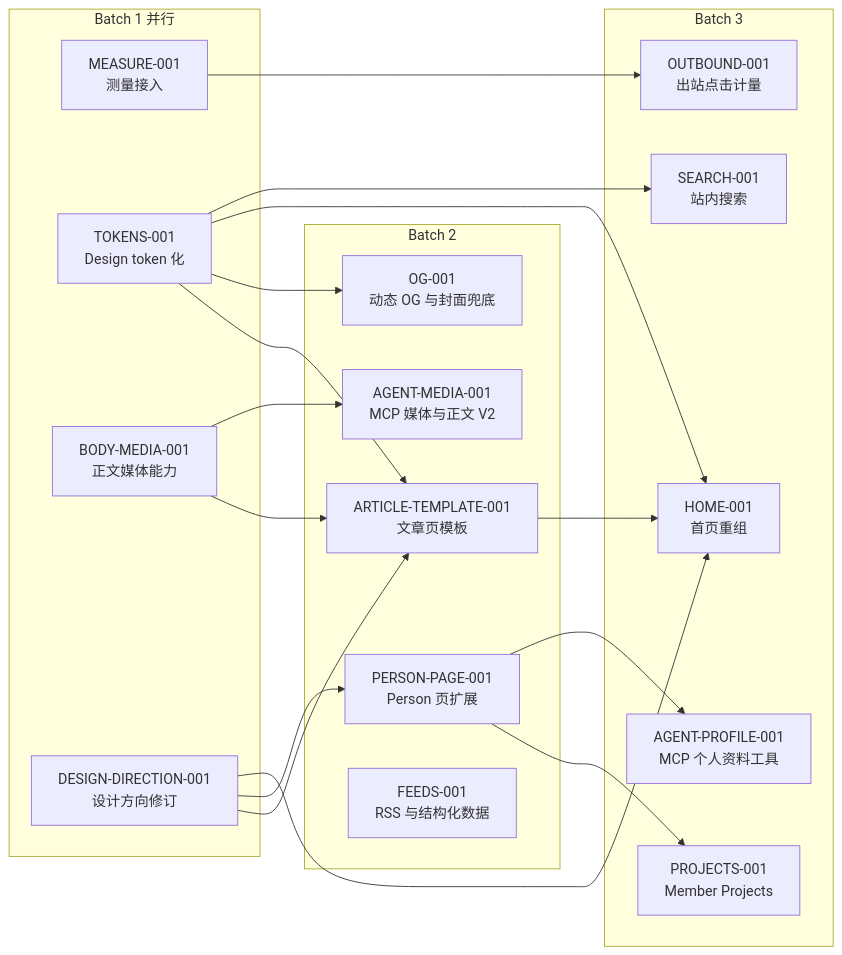
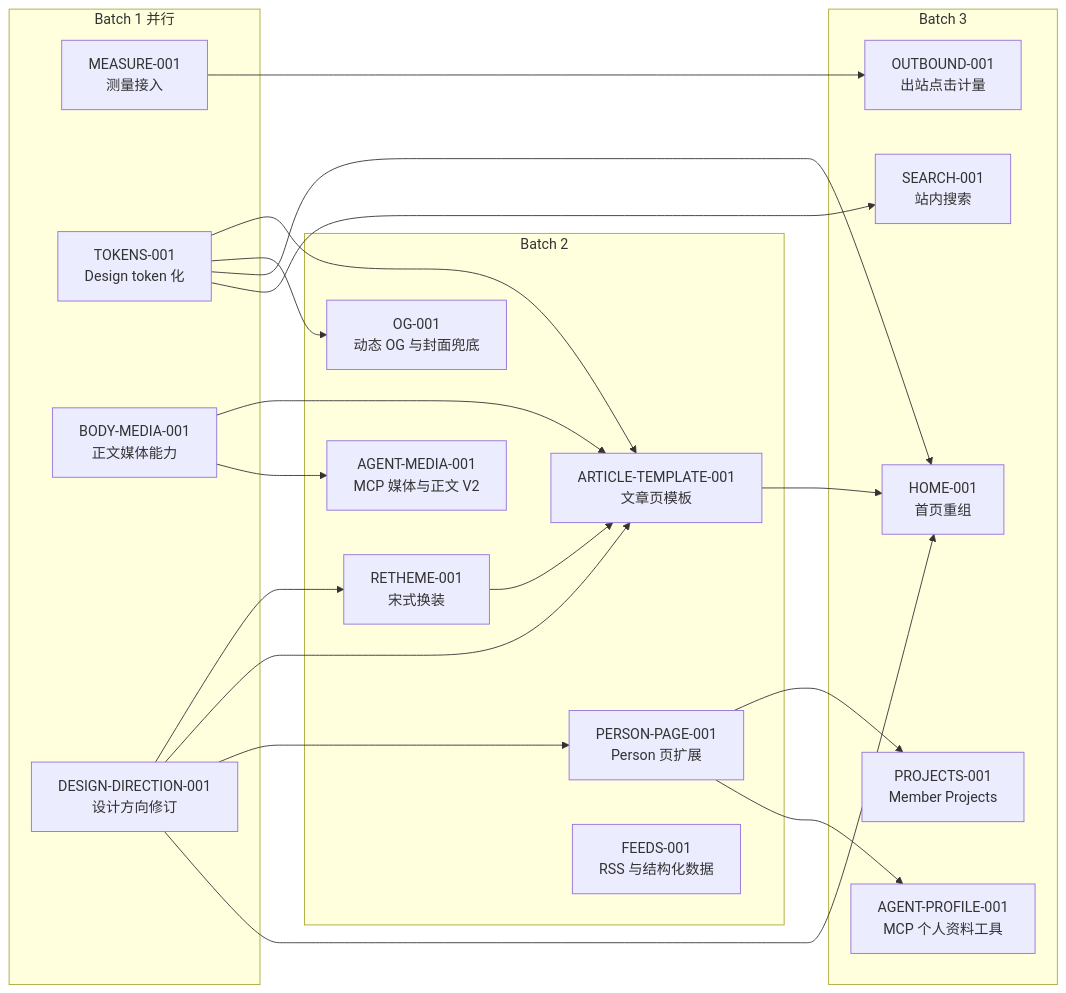
The diagram in docs/roadmap/site-infrastructure-program.md (lonelyreader/chinaknowledge), drawn with Mermaid before and after one commit. The commit also changed other lines of this file and 10 other files, not shown here.

````diff
--- a/docs/roadmap/site-infrastructure-program.md
+++ b/docs/roadmap/site-infrastructure-program.md
@@ -21,36 +21,39 @@
 ```mermaid
 flowchart LR
     subgraph B1["Batch 1 并行"]
       A["MEASURE-001<br/>测量接入"]
       B["TOKENS-001<br/>Design token 化"]
       C["BODY-MEDIA-001<br/>正文媒体能力"]
       D["DESIGN-DIRECTION-001<br/>设计方向修订"]
     end
     subgraph B2["Batch 2"]
+      R["RETHEME-001<br/>宋式换装"]
       E["ARTICLE-TEMPLATE-001<br/>文章页模板"]
       F["OG-001<br/>动态 OG 与封面兜底"]
       G["AGENT-MEDIA-001<br/>MCP 媒体与正文 V2"]
       H["PERSON-PAGE-001<br/>Person 页扩展"]
       M["FEEDS-001<br/>RSS 与结构化数据"]
     end
     subgraph B3["Batch 3"]
       O["HOME-001<br/>首页重组"]
       I["PROJECTS-001<br/>Member Projects"]
       J["AGENT-PROFILE-001<br/>MCP 个人资料工具"]
       L["SEARCH-001<br/>站内搜索"]
       N["OUTBOUND-001<br/>出站点击计量"]
     end
+    D --> R
+    R --> E
     B --> E
     D --> E
     C --> E
     B --> F
     C --> G
     D --> H
     B --> O
     D --> O
     E --> O
     H --> I
     H --> J
     B --> L
     A --> N
 ```
````
